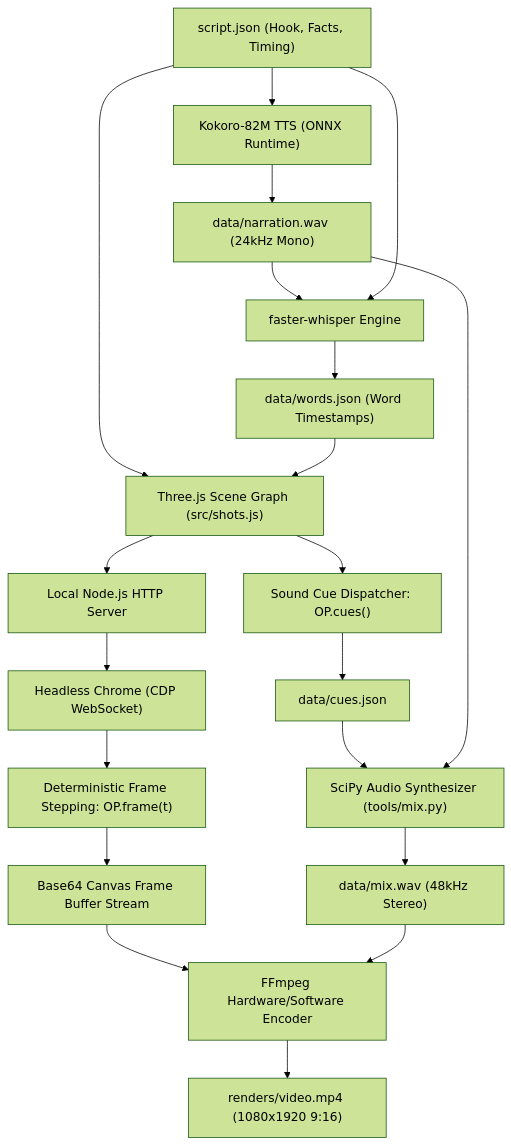
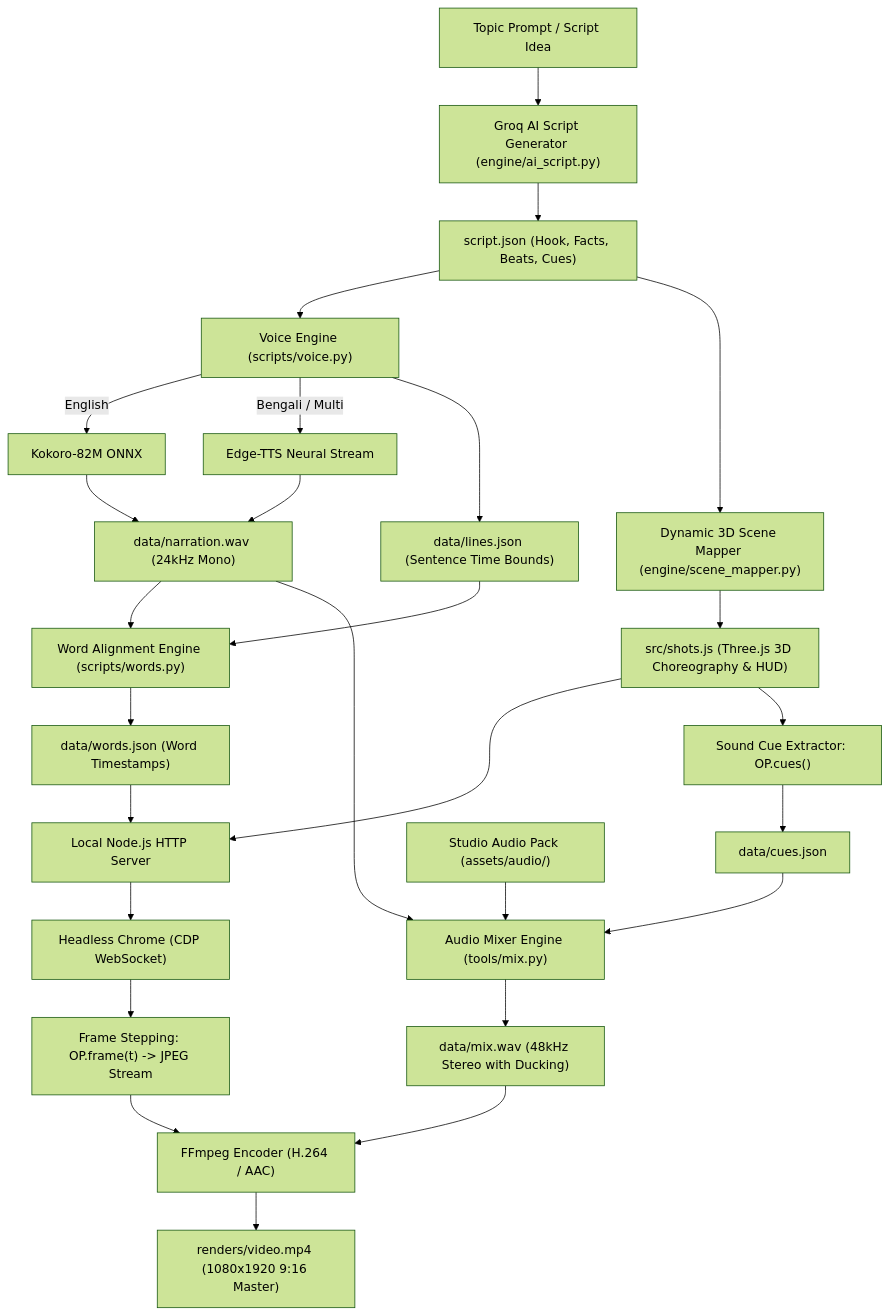
Before and after one commit to Masud744/faceless-shorts-engine: the diagram in README.md, drawn with Mermaid (forest theme). The commit also changed other lines of this file, not shown here.

````diff
--- a/README.md
+++ b/README.md
@@ -73,29 +88,36 @@
 ```mermaid
 flowchart TD
-    A["script.json (Hook, Facts, Timing)"] --> B["Kokoro-82M TTS (ONNX Runtime)"]
-    B --> C["data/narration.wav (24kHz Mono)"]
+    T["Topic Prompt / Script Idea"] --> S["Groq AI Script Generator (engine/ai_script.py)"]
+    S --> A["script.json (Hook, Facts, Beats, Cues)"]
     
-    C --> D["faster-whisper Engine"]
-    A --> D
-    D --> E["data/words.json (Word Timestamps)"]
+    A --> V["Voice Engine (scripts/voice.py)"]
+    V -->|English| K["Kokoro-82M ONNX"]
+    V -->|Bengali / Multi| E["Edge-TTS Neural Stream"]
+    K --> VO["data/narration.wav (24kHz Mono)"]
+    E --> VO
+    V --> L["data/lines.json (Sentence Time Bounds)"]
     
-    A --> F["Three.js Scene Graph (src/shots.js)"]
-    E --> F
+    VO --> W["Word Alignment Engine (scripts/words.py)"]
+    L --> W
+    W --> WRD["data/words.json (Word Timestamps)"]
     
-    F --> G["Local Node.js HTTP Server"]
-    G --> H["Headless Chrome (CDP WebSocket)"]
+    A --> SM["Dynamic 3D Scene Mapper (engine/scene_mapper.py)"]
+    SM --> SH["src/shots.js (Three.js 3D Choreography & HUD)"]
     
-    H --> I["Deterministic Frame Stepping: OP.frame(t)"]
-    I --> J["Base64 Canvas Frame Buffer Stream"]
+    SH --> NODE["Local Node.js HTTP Server"]
+    WRD --> NODE
+    NODE --> CHROME["Headless Chrome (CDP WebSocket)"]
+    CHROME --> FRAMES["Frame Stepping: OP.frame(t) -> JPEG Stream"]
     
-    F --> K["Sound Cue Dispatcher: OP.cues()"]
-    K --> L["data/cues.json"]
+    SH --> CUES["Sound Cue Extractor: OP.cues()"]
+    CUES --> CJ["data/cues.json"]
     
-    L --> M["SciPy Audio Synthesizer (tools/mix.py)"]
-    C --> M
-    M --> N["data/mix.wav (48kHz Stereo)"]
+    CJ --> MIX["Audio Mixer Engine (tools/mix.py)"]
+    VO --> MIX
+    AP["Studio Audio Pack (assets/audio/)"] --> MIX
+    MIX --> MW["data/mix.wav (48kHz Stereo with Ducking)"]
     
-    J --> O["FFmpeg Hardware/Software Encoder"]
-    N --> O
-    O --> P["renders/video.mp4 (1080x1920 9:16)"]
+    FRAMES --> FFMPEG["FFmpeg Encoder (H.264 / AAC)"]
+    MW --> FFMPEG
+    FFMPEG --> OUT["renders/video.mp4 (1080x1920 9:16 Master)"]
 ```
````
